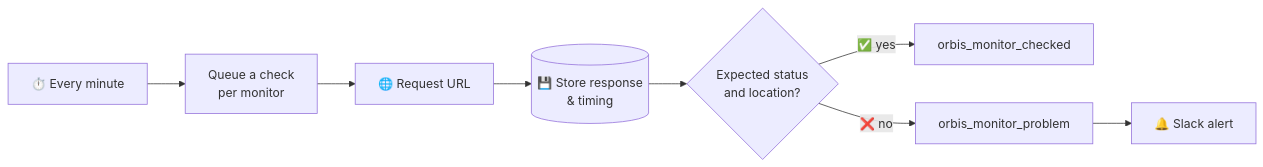
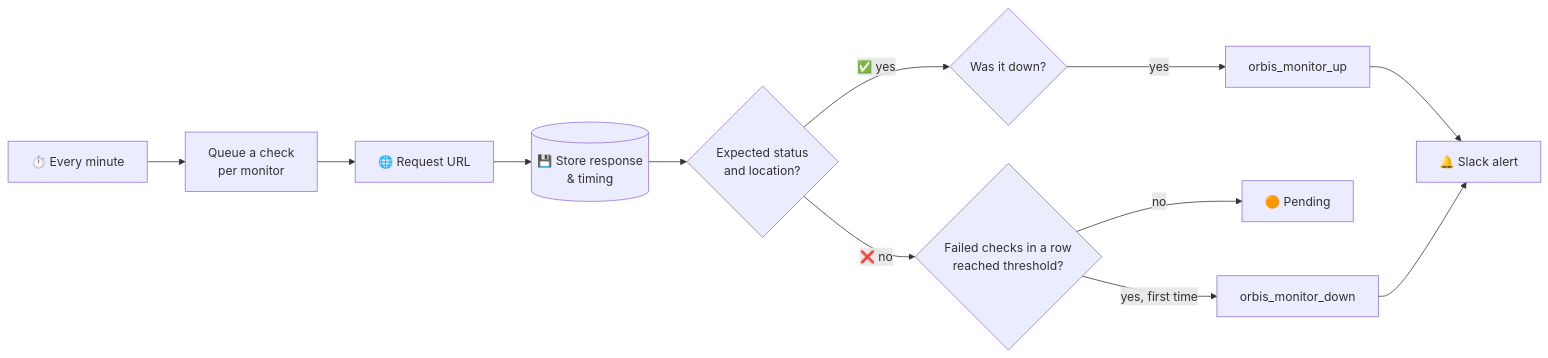
Before and after one commit to pronamic/wp-orbis-monitoring: the diagram in README.md, drawn with Mermaid. The commit also changed other lines of this file and 10 other files, not shown here.

````diff
--- a/README.md
+++ b/README.md
@@ -46,10 +46,14 @@
 ```mermaid
 flowchart LR
     A[⏱️ Every minute] --> B[Queue a check<br/>per monitor]
     B --> C[🌐 Request URL]
     C --> D[(💾 Store response<br/>& timing)]
     D --> E{Expected status<br/>and location?}
-    E -- ✅ yes --> F[orbis_monitor_checked]
-    E -- ❌ no --> G[orbis_monitor_problem]
-    G --> H[🔔 Slack alert]
+    E -- ✅ yes --> F{Was it down?}
+    F -- yes --> G[orbis_monitor_up]
+    E -- ❌ no --> H{Failed checks in a row<br/>reached threshold?}
+    H -- no --> I[🟠 Pending]
+    H -- yes, first time --> J[orbis_monitor_down]
+    G --> K[🔔 Slack alert]
+    J --> K
 ```
````
